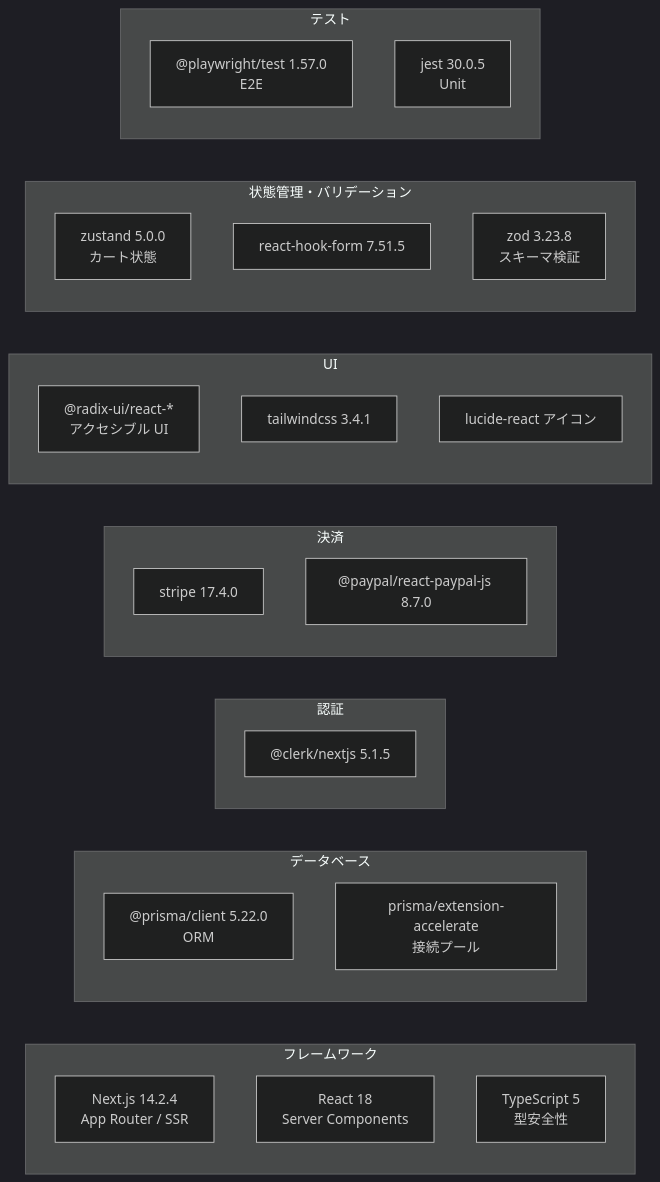
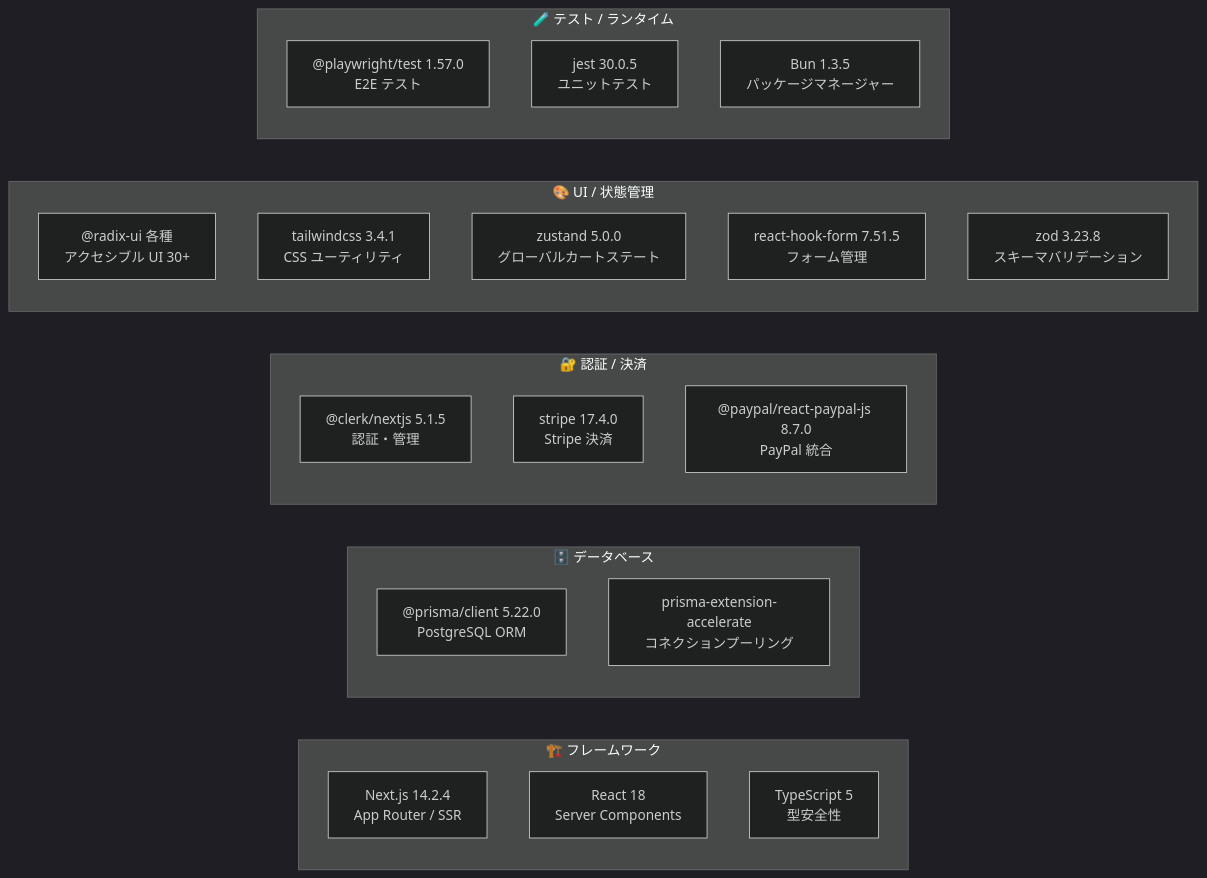
Before and after one commit to myoshi2891/Multi-Vendor-E-Commerce: the second of 8 diagrams in README.md, drawn with Mermaid (dark theme). The commit also changed other lines of this file, not shown here.

````diff
--- a/README.md
+++ b/README.md
@@ -100,39 +85,33 @@
 ```mermaid
 graph LR
-    subgraph FW["フレームワーク"]
+    subgraph FRAMEWORK["🏗️ フレームワーク"]
         NEXT["Next.js 14.2.4<br>App Router / SSR"]
         REACT["React 18<br>Server Components"]
         TS["TypeScript 5<br>型安全性"]
     end
 
-    subgraph DB["データベース"]
-        PRISMA_C["@prisma/client 5.22.0<br>ORM"]
-        ACCEL["prisma/extension-accelerate<br>接続プール"]
+    subgraph DB_STACK["🗄️ データベース"]
+        PRISMA["@prisma/client 5.22.0<br>PostgreSQL ORM"]
+        ACCEL["prisma-extension-accelerate<br>コネクションプーリング"]
     end
 
-    subgraph AUTH["認証"]
-        CLERK_P["@clerk/nextjs 5.1.5"]
+    subgraph AUTH_PAY["🔐 認証 / 決済"]
+        CLERK2["@clerk/nextjs 5.1.5<br>認証・管理"]
+        STRIPE2["stripe 17.4.0<br>Stripe 決済"]
+        PP["@paypal/react-paypal-js 8.7.0<br>PayPal 統合"]
     end
 
-    subgraph PAY["決済"]
-        STRIPE_P["stripe 17.4.0"]
-        PP["@paypal/react-paypal-js 8.7.0"]
+    subgraph UI_STATE["🎨 UI / 状態管理"]
+        RADIX["@radix-ui 各種<br>アクセシブル UI 30+"]
+        TW["tailwindcss 3.4.1<br>CSS ユーティリティ"]
+        ZUS["zustand 5.0.0<br>グローバルカートステート"]
+        RHF["react-hook-form 7.51.5<br>フォーム管理"]
+        ZOD["zod 3.23.8<br>スキーマバリデーション"]
     end
 
-    subgraph UI["UI"]
-        RADIX["@radix-ui/react-*<br>アクセシブル UI"]
-        TW["tailwindcss 3.4.1"]
-        LUCIDE["lucide-react アイコン"]
-    end
-
-    subgraph STATE["状態管理・バリデーション"]
-        ZUS["zustand 5.0.0<br>カート状態"]
-        RHF["react-hook-form 7.51.5"]
-        ZOD["zod 3.23.8<br>スキーマ検証"]
-    end
-
-    subgraph TEST["テスト"]
-        PW["@playwright/test 1.57.0<br>E2E"]
-        JEST["jest 30.0.5<br>Unit"]
+    subgraph TESTING["🧪 テスト / ランタイム"]
+        PW["@playwright/test 1.57.0<br>E2E テスト"]
+        JEST["jest 30.0.5<br>ユニットテスト"]
+        BUN["Bun 1.3.5<br>パッケージマネージャー"]
     end
 ```
````
